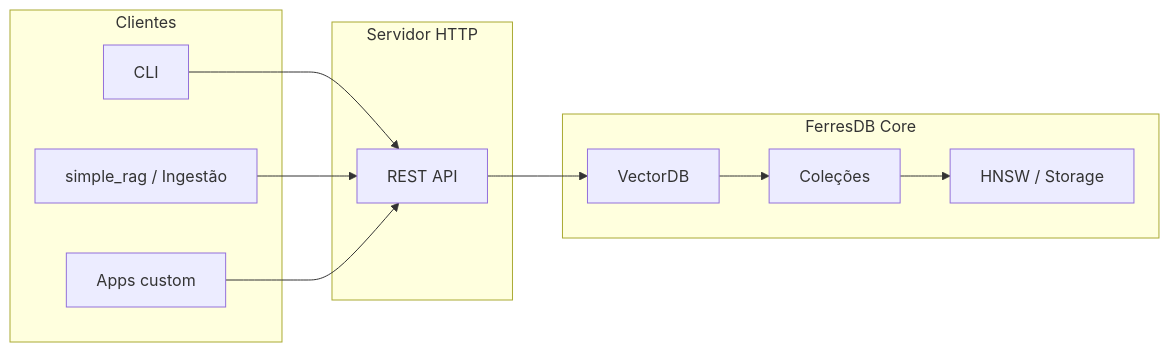
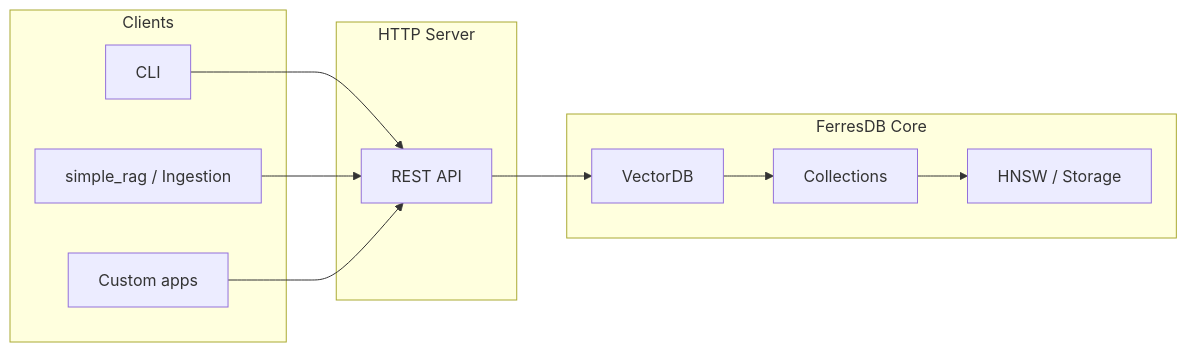
The diagram in README.md (ferres-db/ferres-db), drawn with Mermaid before and after one commit. The commit also changed other lines of this file and 48 other files, not shown here.

````diff
--- a/README.md
+++ b/README.md
@@ -255,22 +255,22 @@
 ```mermaid
 flowchart LR
-  subgraph clients [Clientes]
+  subgraph clients [Clients]
     CLI[CLI]
-    RAG[simple_rag / Ingestão]
-    Custom[Apps custom]
+    RAG[simple_rag / Ingestion]
+    Custom[Custom apps]
   end
-  subgraph server [Servidor HTTP]
+  subgraph server [HTTP Server]
     API[REST API]
   end
   subgraph core [FerresDB Core]
     VectorDB[VectorDB]
-    Coll[Coleções]
+    Coll[Collections]
     HNSW[HNSW / Storage]
   end
   CLI --> API
   RAG --> API
   Custom --> API
   API --> VectorDB
   VectorDB --> Coll
   Coll --> HNSW
 ```
````
